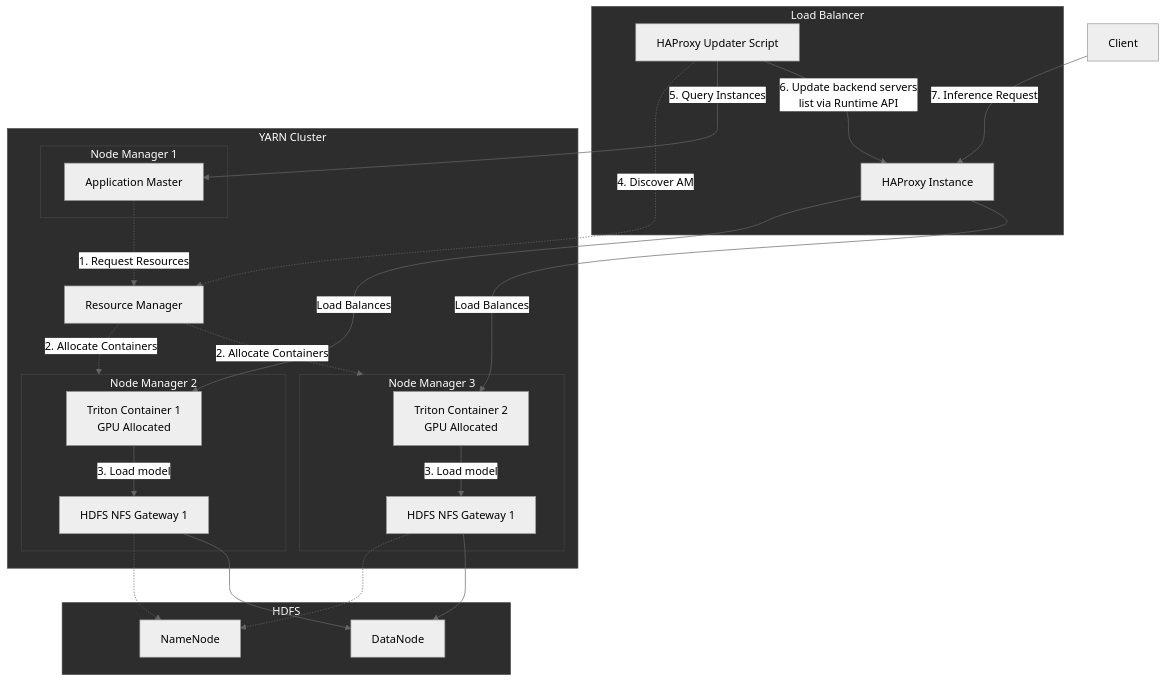
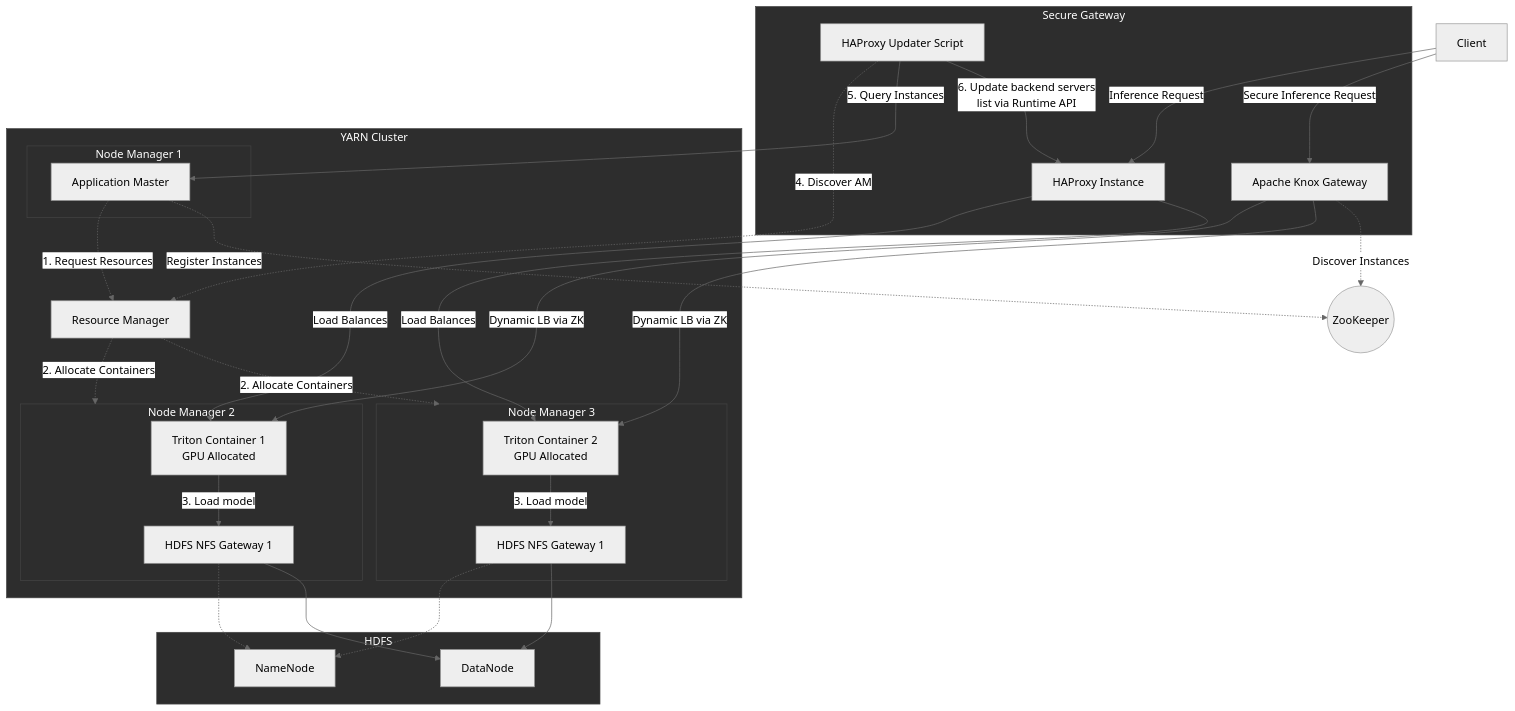
One commit to VargaFoundation/tarn changed the diagram in README.md. Above: the diagram before and after it, drawn with Mermaid (neutral theme). The commit also changed other lines of this file and 8 other files, not shown here.

````diff
--- a/README.md
+++ b/README.md
@@ -7,64 +7,75 @@
 ```mermaid
 graph TB
     %% Client
     Client[Client]
 
-    %% Load Balancer
-    subgraph LoadBalancer ["Load Balancer"]
+    %% Perimeter Security & LB
+    subgraph Perimeter ["Secure Gateway"]
         HA[HAProxy Instance]
+        Knox[Apache Knox Gateway]
         Updater[HAProxy Updater Script]
     end
+
+    %% ZooKeeper
+    ZK((ZooKeeper))
 
     %% YARN Cluster
     subgraph YARN ["YARN Cluster"]
         RM[Resource Manager]
 
         subgraph NM1 ["Node Manager 1"]
             AM[Application Master]
         end
 
         subgraph NM2 ["Node Manager 2"]
             TC1[Triton Container 1<br/>GPU Allocated]
             NFS1[HDFS NFS Gateway 1]
         end
 
         subgraph NM3 ["Node Manager 3"]
             TC2[Triton Container 2<br/>GPU Allocated]
             NFS2[HDFS NFS Gateway 1]
         end
 
         TC1 -->|3. Load model| NFS1
         TC2 -->|3. Load model| NFS2
     end
 
     %% HDFS
     subgraph HDFS ["HDFS"]
         NN[NameNode]
         DN[DataNode]
     end
 
     %% Connexions principales (flux vertical)
-    Client -->|7. Inference Request| HA
+    Client -->|Inference Request| HA
+    Client -->|Secure Inference Request| Knox
     HA -->|Load Balances| TC1
     HA -->|Load Balances| TC2
+    Knox -->|Dynamic LB via ZK| TC1
+    Knox -->|Dynamic LB via ZK| TC2
 
     %% Interactions YARN
     AM -.->|1. Request Resources| RM
     RM -.->|2. Allocate Containers| NM2
     RM -.->|2. Allocate Containers| NM3
+
+    %% ZooKeeper Registration
+    AM -.->|Register Instances| ZK
+    Knox -.->|Discover Instances| ZK
 
     %% Découverte et mise à jour HAProxy
     Updater -.->|4. Discover AM| RM
     Updater -->|5. Query Instances| AM
     Updater -->|6. Update backend servers<br/>list via Runtime API| HA
 
     %% Accès HDFS via NFS Gateway
     NFS1 -.-> NN
     NFS2 -.-> NN
     NFS1 --> DN
     NFS2 --> DN
 
     %% Style pour forcer l'empilement vertical
     classDef cluster fill:#2d2d2d,stroke:#444,color:#fff;
-    class LoadBalancer,YARN,HDFS cluster;
+    class Perimeter,YARN,HDFS cluster;
 ```
````
